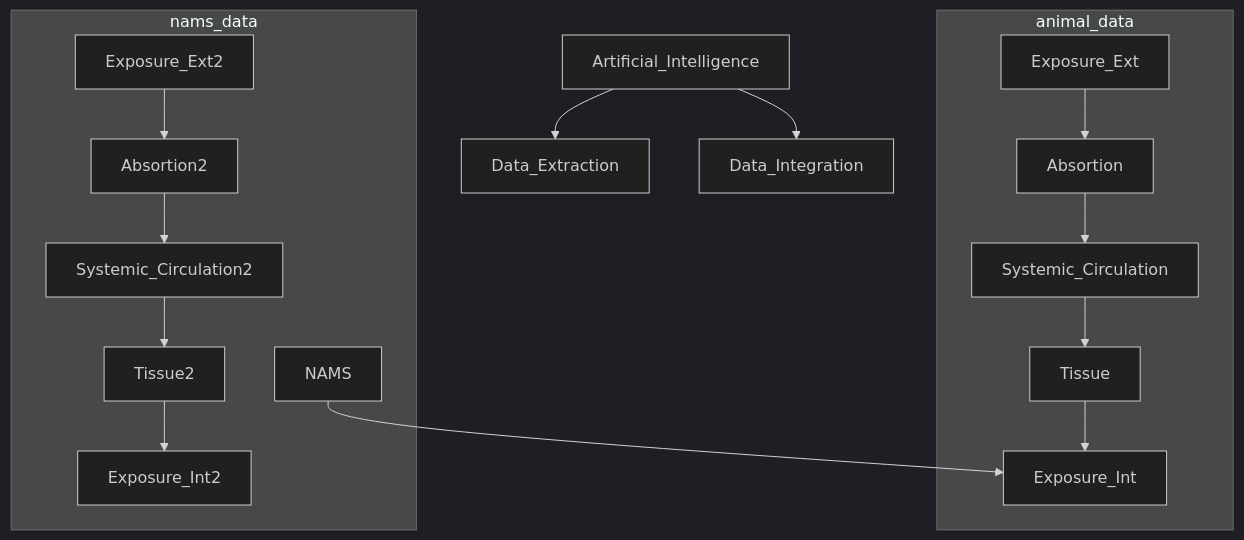
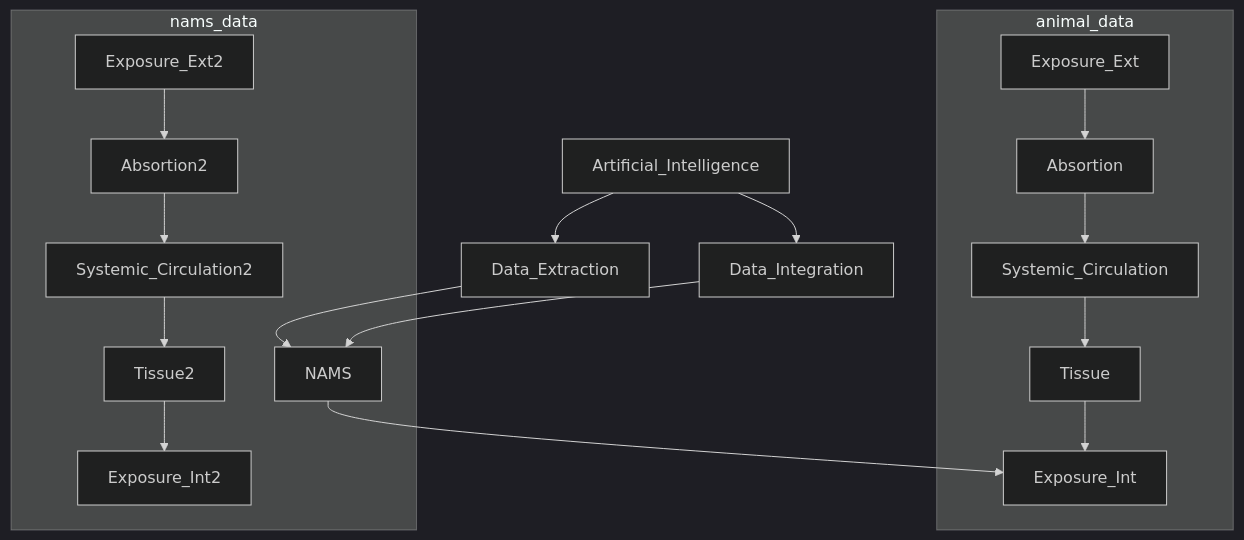
Before and after one commit to ontox-hu/workflows: the diagram in ProbRA.md, drawn with Mermaid (dark theme).

````diff
--- a/ProbRA.md
+++ b/ProbRA.md
@@ -2,26 +2,28 @@
 ```mermaid
 flowchart TD
 
   Artificial_Intelligence-->Data_Extraction
+  Data_Extraction-->NAMS
   Artificial_Intelligence-->Data_Integration
-
+  Data_Integration-->NAMS
+  
   subgraph animal_data
   
   Exposure_Ext-->Absortion
   Absortion-->Systemic_Circulation
   Systemic_Circulation-->Tissue
   Tissue-->Exposure_Int
   
   end
 
   subgraph nams_data
   
   NAMS-->Exposure_Int
   Exposure_Ext2-->Absortion2
   Absortion2-->Systemic_Circulation2
   Systemic_Circulation2-->Tissue2
   Tissue2-->Exposure_Int2
   
   end
   
 ```
````
